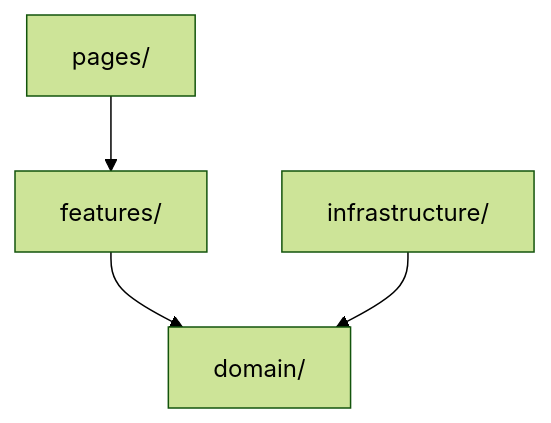
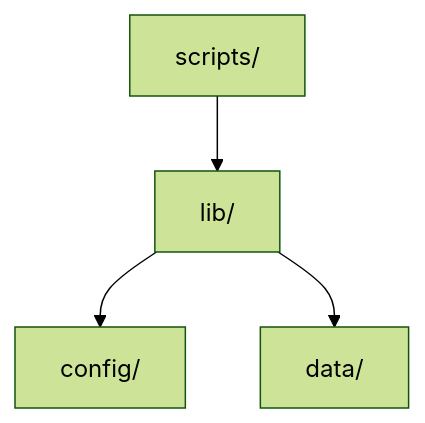
The diagram in .agents/skills/project-structure/SKILL.md (jtmb/ingenium), drawn with Mermaid (forest theme) before and after one commit. The commit also changed other lines of this file and 6 other files, not shown here.

````diff
--- a/.agents/skills/project-structure/SKILL.md
+++ b/.agents/skills/project-structure/SKILL.md
@@ -61,6 +80,6 @@
 ```mermaid
 graph TD
-    P[pages/] --> F[features/]
-    F --> D[domain/]
-    I[infrastructure/] --> D
+    S[scripts/] --> L[lib/]
+    L --> C[config/]
+    L --> D[data/]
 ```
````
